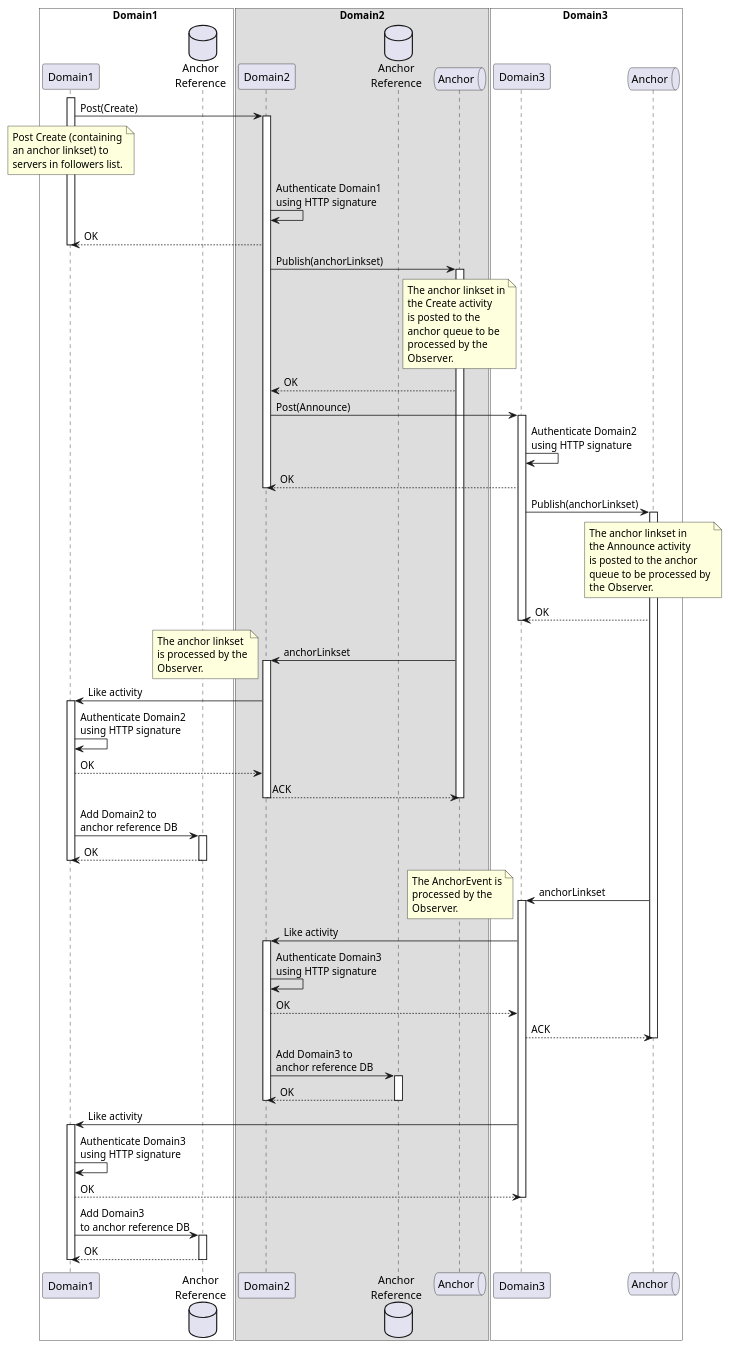
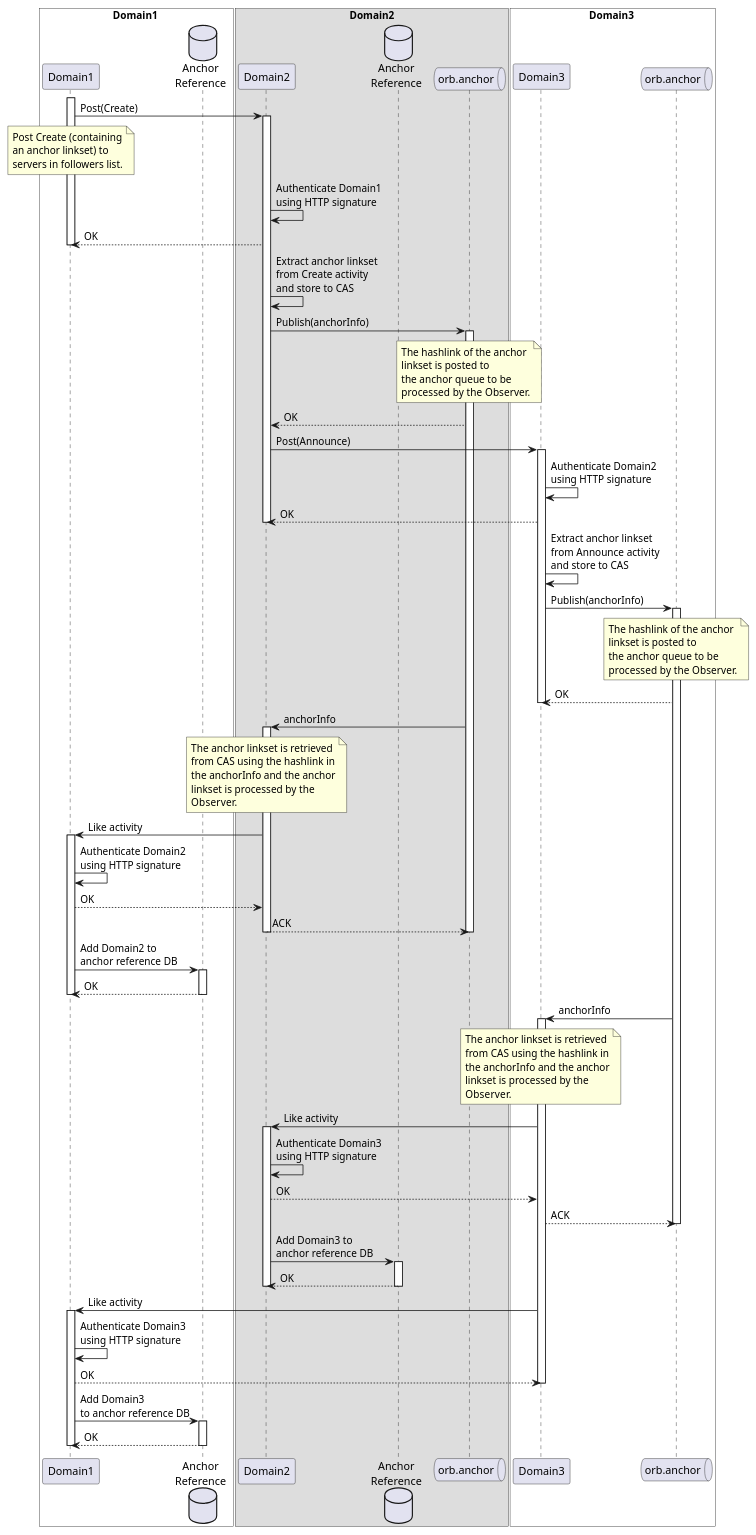
Before and after one commit to trustbloc/docs: the diagram in readthedocs/source/orb/diagrams/ap-create-announce.puml, drawn with PlantUML. The commit also changed 24 other files, not shown here.

```diff
--- a/readthedocs/source/orb/diagrams/ap-create-announce.puml
+++ b/readthedocs/source/orb/diagrams/ap-create-announce.puml
@@ -1,142 +1,147 @@
 @startuml
 'https://plantuml.com/sequence-diagram
 
 box Domain1 #White
 participant Domain1
 database "Anchor\nReference" as Domain1DB
 end box
 
 box Domain2
 participant Domain2
 database "Anchor\nReference" as Domain2DB
-queue "Anchor" as anchor_2
+queue "orb.anchor" as anchor_2
 end box
 
 box Domain3 #White
 participant Domain3
-queue "Anchor" as anchor_3
+queue "orb.anchor" as anchor_3
 end box
 
 activate Domain1
 Domain1 -> Domain2: Post(Create)
 note over Domain1
 Post Create (containing
 an anchor linkset) to
 servers in followers list.
 end note
 
 activate Domain2
 Domain2 -> Domain2: Authenticate Domain1\nusing HTTP signature
 Domain2 --> Domain1: OK
 
 deactivate Domain1
 
-Domain2 -> anchor_2: Publish(anchorLinkset)
+Domain2 -> Domain2: Extract anchor linkset\nfrom Create activity\nand store to CAS
+
+Domain2 -> anchor_2: Publish(anchorInfo)
 
 note over anchor_2
-The anchor linkset in
-the Create activity
-is posted to the
-anchor queue to be
-processed by the
-Observer.
+The hashlink of the anchor
+linkset is posted to
+the anchor queue to be
+processed by the Observer.
 end note
 
 activate anchor_2
 
 anchor_2 --> Domain2: OK
 
 Domain2 -> Domain3: Post(Announce)
 
 activate Domain3
 
 Domain3 -> Domain3: Authenticate Domain2\nusing HTTP signature
 Domain3 --> Domain2: OK
 
 deactivate Domain2
 
-Domain3 -> anchor_3: Publish(anchorLinkset)
+Domain3 -> Domain3: Extract anchor linkset\nfrom Announce activity\nand store to CAS
+
+Domain3 -> anchor_3: Publish(anchorInfo)
 
 activate anchor_3
 
 note over anchor_3
-The anchor linkset in
-the Announce activity
-is posted to the anchor
-queue to be processed by
-the Observer.
+The hashlink of the anchor
+linkset is posted to
+the anchor queue to be
+processed by the Observer.
 end note
 anchor_3 --> Domain3: OK
 
 deactivate Domain3
 
-anchor_2 -> Domain2: anchorLinkset
+anchor_2 -> Domain2: anchorInfo
 
-note left
-The anchor linkset
-is processed by the
+activate Domain2
+
+note over Domain2
+The anchor linkset is retrieved
+from CAS using the hashlink in
+the anchorInfo and the anchor
+linkset is processed by the
 Observer.
 end note
-
-activate Domain2
 
 Domain2 -> Domain1: Like activity
 
 activate Domain1
 Domain1 -> Domain1: Authenticate Domain2\nusing HTTP signature
 Domain1 --> Domain2: OK
 
 Domain2 --> anchor_2: ACK
 
 deactivate anchor_2
 
 deactivate Domain2
 
 Domain1 -> Domain1DB: Add Domain2 to\nanchor reference DB
 activate Domain1DB
 Domain1DB --> Domain1: OK
 deactivate Domain1DB
 deactivate Domain1
 
-anchor_3 -> Domain3: anchorLinkset
+anchor_3 -> Domain3: anchorInfo
 
 activate Domain3
 
-note left
-The AnchorEvent is
-processed by the
+note over Domain3
+The anchor linkset is retrieved
+from CAS using the hashlink in
+the anchorInfo and the anchor
+linkset is processed by the
 Observer.
 end note
 
 Domain3 -> Domain2: Like activity
 
 activate Domain2
 
 Domain2 -> Domain2: Authenticate Domain3\nusing HTTP signature
 Domain2 --> Domain3: OK
 
 Domain3 --> anchor_3: ACK
 
 deactivate anchor_3
 
 Domain2 -> Domain2DB: Add Domain3 to\nanchor reference DB
 activate Domain2DB
 Domain2DB --> Domain2: OK
 deactivate Domain2DB
 deactivate Domain2
 
 Domain3 -> Domain1: Like activity
 
 activate Domain1
 Domain1 -> Domain1: Authenticate Domain3\nusing HTTP signature
 Domain1 --> Domain3: OK
 
 deactivate Domain3
 
 Domain1 -> Domain1DB: Add Domain3\nto anchor reference DB
 activate Domain1DB
 Domain1DB --> Domain1: OK
 deactivate Domain1DB
 deactivate Domain1
 
 @enduml
```
